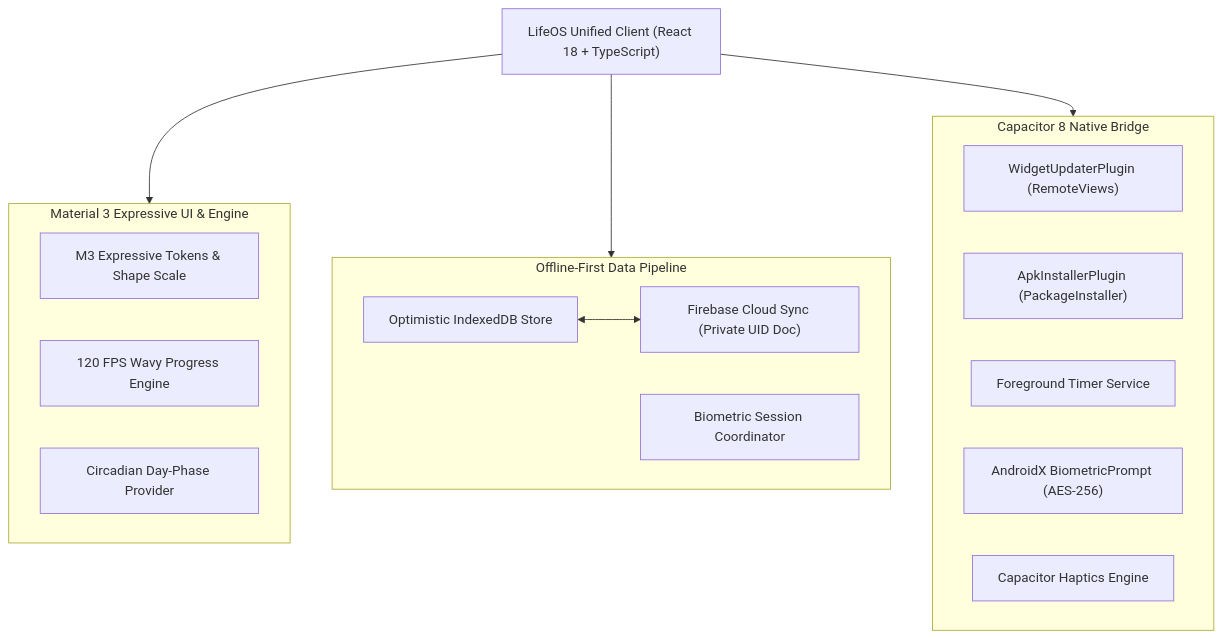
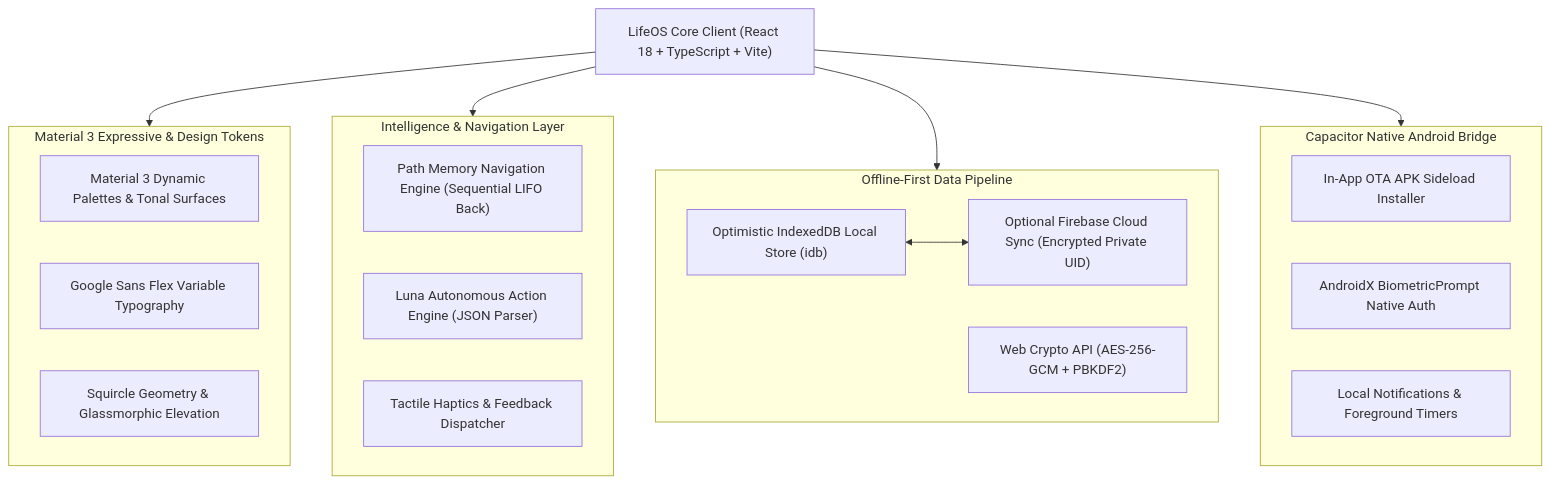
One commit to Avineesh-G/LIFEOS changed the diagram in README.md. Above: the diagram before and after it, drawn with Mermaid. The commit also changed other lines of this file, not shown here.

Commit message:
docs: rewrite and refine README with full v3.2.3 architecture and feature suite

````diff
--- a/README.md
+++ b/README.md
@@ -143,29 +112,34 @@
 ```mermaid
 graph TD
-    Client["LifeOS Unified Client (React 18 + TypeScript)"]
+    Client["LifeOS Core Client (React 18 + TypeScript + Vite)"]
     
-    subgraph UI_UX ["Material 3 Expressive UI & Engine"]
-        M3["M3 Expressive Tokens & Shape Scale"]
-        Wavy["120 FPS Wavy Progress Engine"]
-        Circadian["Circadian Day-Phase Provider"]
-    end
-    
-    subgraph State_Sync ["Offline-First Data Pipeline"]
-        LocalCache["Optimistic IndexedDB Store"]
-        AuthHook["Biometric Session Coordinator"]
-        CloudFirestore["Firebase Cloud Sync (Private UID Doc)"]
-    end
-    
-    subgraph Native_Android ["Capacitor 8 Native Bridge"]
-        WidgetPlugin["WidgetUpdaterPlugin (RemoteViews)"]
-        ApkInstaller["ApkInstallerPlugin (PackageInstaller)"]
-        TimerService["Foreground Timer Service"]
-        Biometrics["AndroidX BiometricPrompt (AES-256)"]
-        Haptics["Capacitor Haptics Engine"]
+    subgraph UI_SYSTEM ["Material 3 Expressive & Design Tokens"]
+        M3["Material 3 Dynamic Palettes & Tonal Surfaces"]
+        Typography["Google Sans Flex Variable Typography"]
+        Squircle["Squircle Geometry & Glassmorphic Elevation"]
     end
 
-    Client --> UI_UX
-    Client --> State_Sync
-    Client --> Native_Android
-    LocalCache <--> CloudFirestore
+    subgraph ENGINE ["Intelligence & Navigation Layer"]
+        NavPath["Path Memory Navigation Engine (Sequential LIFO Back)"]
+        LunaAI["Luna Autonomous Action Engine (JSON Parser)"]
+        HapticsEngine["Tactile Haptics & Feedback Dispatcher"]
+    end
+
+    subgraph STORAGE ["Offline-First Data Pipeline"]
+        IndexedDB["Optimistic IndexedDB Local Store (idb)"]
+        CloudSync["Optional Firebase Cloud Sync (Encrypted Private UID)"]
+        CryptoEngine["Web Crypto API (AES-256-GCM + PBKDF2)"]
+    end
+
+    subgraph NATIVE ["Capacitor Native Android Bridge"]
+        ApkInstaller["In-App OTA APK Sideload Installer"]
+        BiometricPrompt["AndroidX BiometricPrompt Native Auth"]
+        CapacitorPlugins["Local Notifications & Foreground Timers"]
+    end
+
+    Client --> UI_SYSTEM
+    Client --> ENGINE
+    Client --> STORAGE
+    Client --> NATIVE
+    IndexedDB <--> CloudSync
 ```
````
